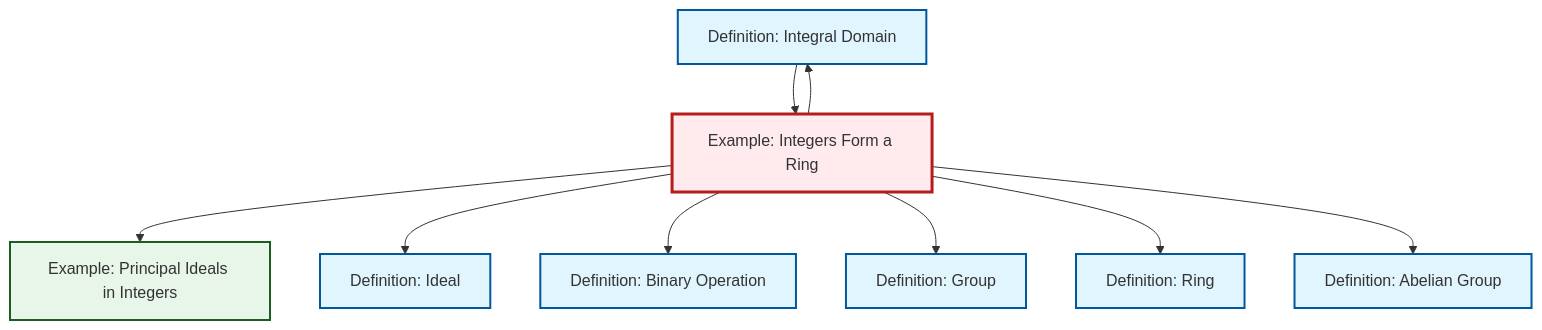
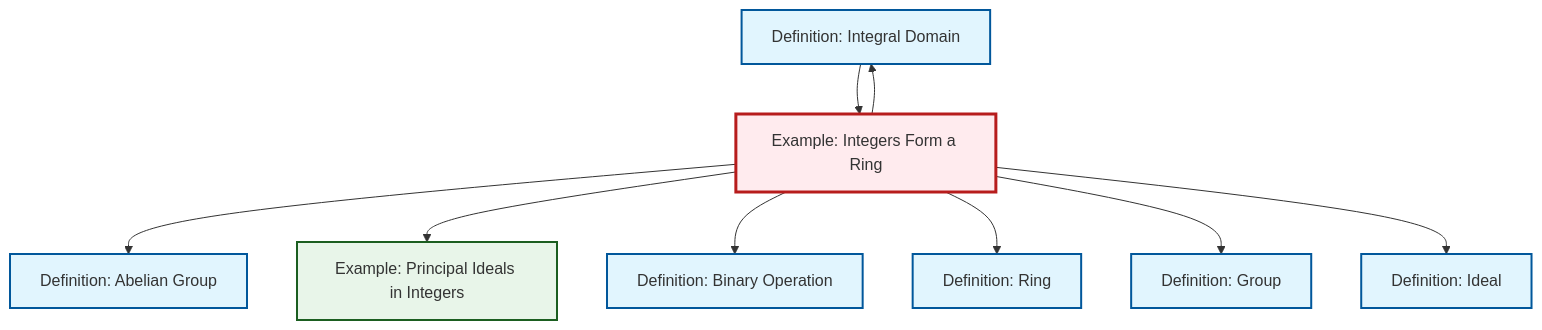
One commit to RK0429/ModernMath changed the diagram in content/ja/algebra/ex-integers-ring.qmd. Above: the diagram before and after it, drawn with Mermaid. The commit also changed other lines of this file and 654 other files, not shown here.

````diff
--- a/content/ja/algebra/ex-integers-ring.qmd
+++ b/content/ja/algebra/ex-integers-ring.qmd
@@ -65,33 +65,33 @@
 ```{mermaid}
 %%| fig-cap: "Local dependency graph"
 graph TD
     classDef definition fill:#e1f5fe,stroke:#01579b,stroke-width:2px
     classDef theorem fill:#f3e5f5,stroke:#4a148c,stroke-width:2px
     classDef axiom fill:#fff3e0,stroke:#e65100,stroke-width:2px
     classDef example fill:#e8f5e9,stroke:#1b5e20,stroke-width:2px
     classDef current fill:#ffebee,stroke:#b71c1c,stroke-width:3px
     def-group["Definition: Group"]:::definition
+    def-ring["Definition: Ring"]:::definition
+    def-ideal["Definition: Ideal"]:::definition
+    def-binary-operation["Definition: Binary Operation"]:::definition
+    def-integral-domain["Definition: Integral Domain"]:::definition
     def-abelian-group["Definition: Abelian Group"]:::definition
-    def-binary-operation["Definition: Binary Operation"]:::definition
-    def-ring["Definition: Ring"]:::definition
     ex-principal-ideal["Example: Principal Ideals in Integers"]:::example
-    def-integral-domain["Definition: Integral Domain"]:::definition
     ex-integers-ring["Example: Integers Form a Ring"]:::example
-    def-ideal["Definition: Ideal"]:::definition
+    ex-integers-ring --> def-abelian-group
+    def-integral-domain --> ex-integers-ring
     ex-integers-ring --> def-integral-domain
     ex-integers-ring --> ex-principal-ideal
+    ex-integers-ring --> def-binary-operation
+    ex-integers-ring --> def-ring
+    ex-integers-ring --> def-group
     ex-integers-ring --> def-ideal
-    ex-integers-ring --> def-binary-operation
-    def-integral-domain --> ex-integers-ring
-    ex-integers-ring --> def-group
-    ex-integers-ring --> def-ring
-    ex-integers-ring --> def-abelian-group
     class ex-integers-ring current
     click def-group "def-group.html" "Definition: Groupへ"
+    click def-ring "def-ring.html" "Definition: Ringへ"
+    click def-ideal "def-ideal.html" "Definition: Idealへ"
+    click def-binary-operation "def-binary-operation.html" "Definition: Binary Operationへ"
+    click def-integral-domain "def-integral-domain.html" "Definition: Integral Domainへ"
     click def-abelian-group "def-abelian-group.html" "Definition: Abelian Groupへ"
-    click def-binary-operation "def-binary-operation.html" "Definition: Binary Operationへ"
-    click def-ring "def-ring.html" "Definition: Ringへ"
     click ex-principal-ideal "ex-principal-ideal.html" "Example: Principal Ideals in Integersへ"
-    click def-integral-domain "def-integral-domain.html" "Definition: Integral Domainへ"
-    click def-ideal "def-ideal.html" "Definition: Idealへ"
 ```
````
